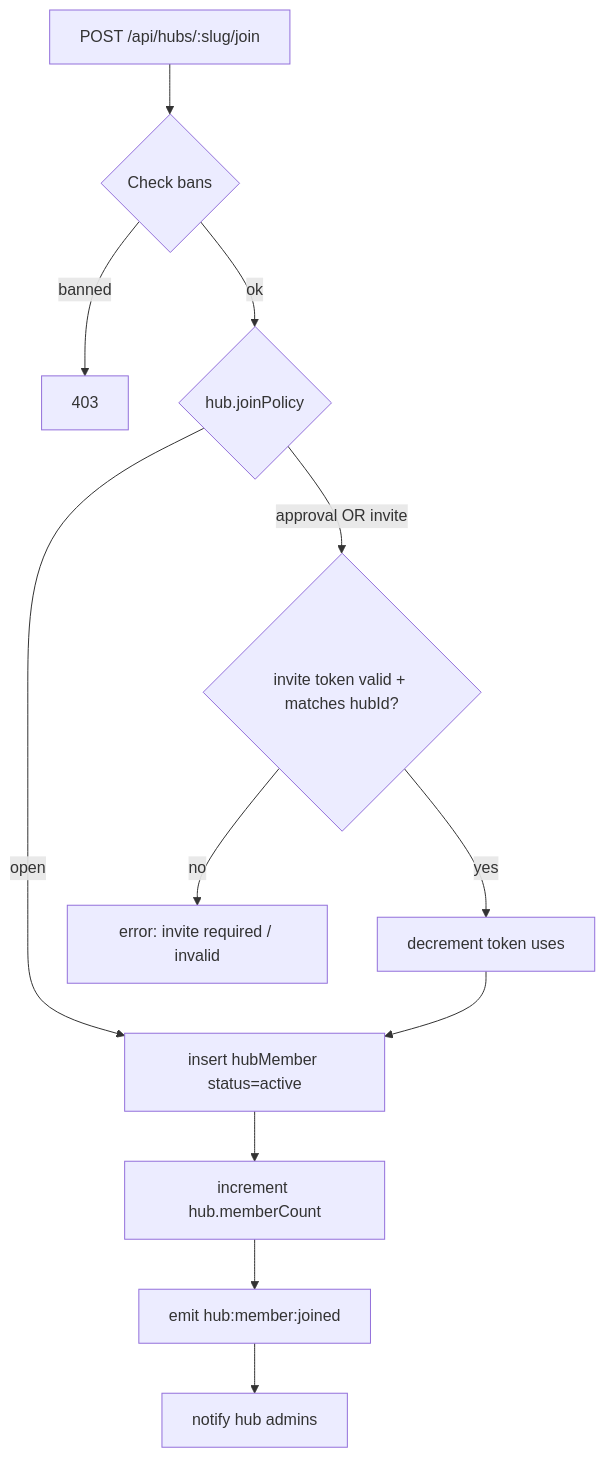
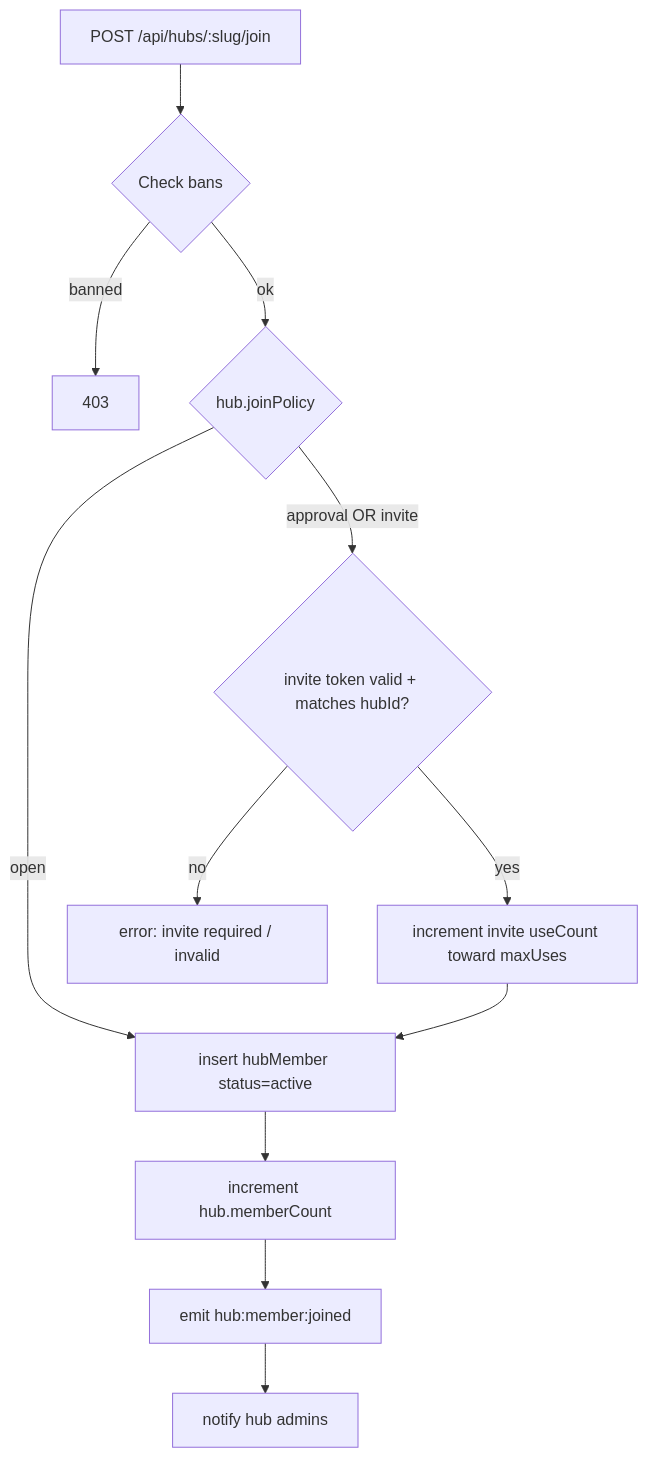
The eighth of 15 diagrams in codebase-analysis/07-state-diagrams.md (commonpub/commonpub), drawn with Mermaid before and after one commit. The commit also changed other lines of this file and 16 other files, not shown here.

````diff
--- a/codebase-analysis/07-state-diagrams.md
+++ b/codebase-analysis/07-state-diagrams.md
@@ -175,14 +182,14 @@
 ```mermaid
 flowchart TD
     A[POST /api/hubs/:slug/join] --> B{Check bans}
     B -->|banned| X[403]
     B -->|ok| C{hub.joinPolicy}
     C -->|open| D[insert hubMember status=active]
     C -->|approval OR invite| F{invite token valid + matches hubId?}
     F -->|no| X2[error: invite required / invalid]
-    F -->|yes| G[decrement token uses]
+    F -->|yes| G[increment invite useCount toward maxUses]
     G --> D
     D --> H[increment hub.memberCount]
     H --> I[emit hub:member:joined]
     I --> J[notify hub admins]
 ```
````
